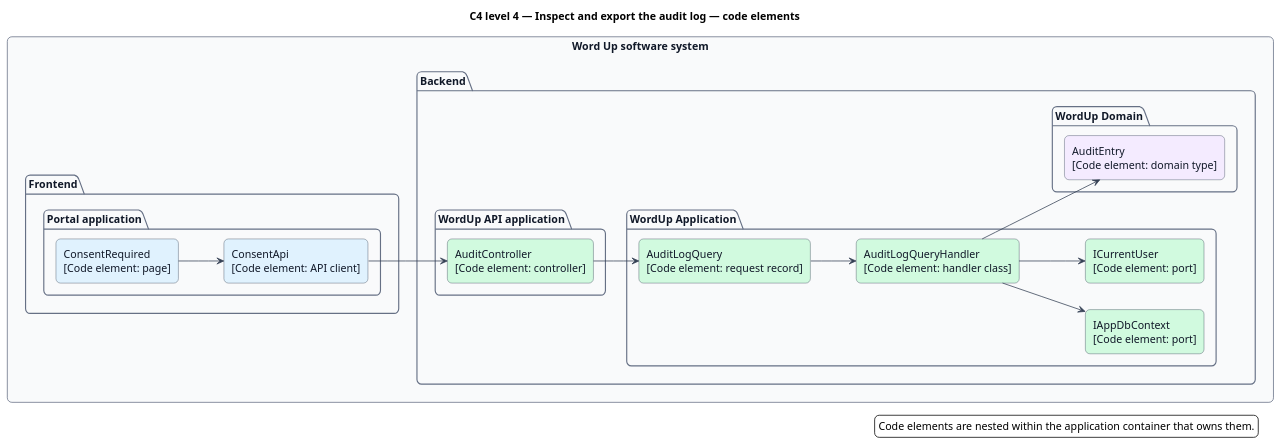
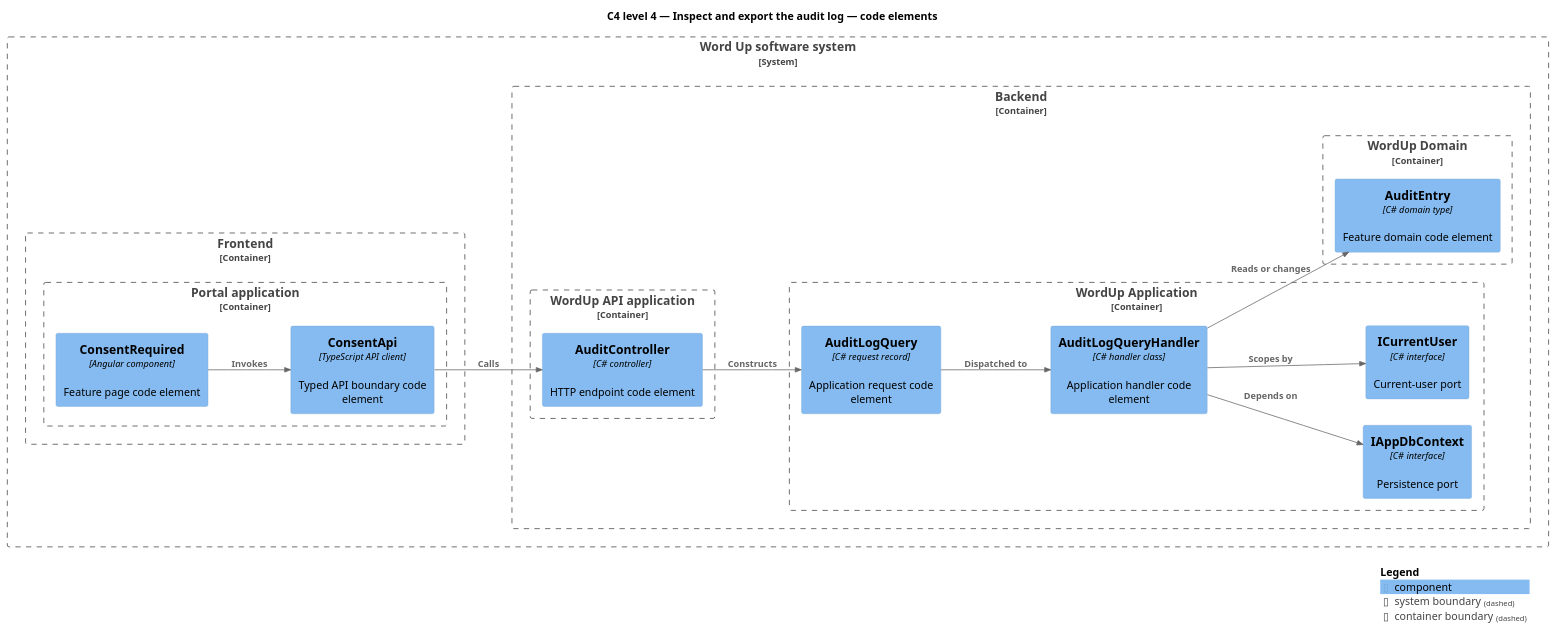
The diagram in docs/detailed-designs/consent-and-safeguarding/inspect-and-export-audit-log/diagrams/c4-code.puml (QuinntyneBrown/waypoint), drawn with PlantUML before and after one commit. The commit also changed 1294 other files, not shown here.

```diff
--- a/docs/detailed-designs/consent-and-safeguarding/inspect-and-export-audit-log/diagrams/c4-code.puml
+++ b/docs/detailed-designs/consent-and-safeguarding/inspect-and-export-audit-log/diagrams/c4-code.puml
@@ -1,50 +1,35 @@
 @startuml
-left to right direction
+!include <C4/C4_Component>
+LAYOUT_LEFT_RIGHT()
 title C4 level 4 — Inspect and export the audit log — code elements
-skinparam backgroundColor #FFFFFF
-skinparam shadowing false
-skinparam roundcorner 12
-skinparam defaultFontName Arial
-skinparam ArrowColor #344054
-skinparam rectangle {
-  BorderColor #344054
-  FontColor #101828
-}
-skinparam package {
-  BorderColor #667085
-  FontColor #101828
-  BackgroundColor #F9FAFB
-}
-rectangle "Word Up software system" {
-  package "Frontend" {
-    package "Portal application" {
-      rectangle "ConsentRequired\n[Code element: page]" as page #E0F2FE
-      rectangle "ConsentApi\n[Code element: API client]" as client #E0F2FE
+System_Boundary(wordup, "Word Up software system") {
+  Container_Boundary(frontend, "Frontend") {
+    Container_Boundary(frontend_app, "Portal application") {
+      Component(page, "ConsentRequired", "Angular component", "Feature page code element")
+      Component(client, "ConsentApi", "TypeScript API client", "Typed API boundary code element")
     }
   }
-  package "Backend" {
-    package "WordUp API application" {
-      rectangle "AuditController\n[Code element: controller]" as controller #D1FADF
+  Container_Boundary(backend, "Backend") {
+    Container_Boundary(api_app, "WordUp API application") {
+      Component(controller, "AuditController", "C# controller", "HTTP endpoint code element")
     }
-    package "WordUp Application" {
-      rectangle "AuditLogQuery\n[Code element: request record]" as request #D1FADF
-      rectangle "AuditLogQueryHandler\n[Code element: handler class]" as handler #D1FADF
-      rectangle "IAppDbContext\n[Code element: port]" as dbport #D1FADF
-      rectangle "ICurrentUser\n[Code element: port]" as current #D1FADF
+    Container_Boundary(application, "WordUp Application") {
+      Component(request, "AuditLogQuery", "C# request record", "Application request code element")
+      Component(handler, "AuditLogQueryHandler", "C# handler class", "Application handler code element")
+      Component(dbport, "IAppDbContext", "C# interface", "Persistence port")
+      Component(current, "ICurrentUser", "C# interface", "Current-user port")
     }
-    package "WordUp Domain" {
-      rectangle "AuditEntry\n[Code element: domain type]" as entity #F4EBFF
+    Container_Boundary(domain, "WordUp Domain") {
+      Component(entity, "AuditEntry", "C# domain type", "Feature domain code element")
     }
   }
 }
-page --> client
-client --> controller
-controller --> request
-request --> handler
-handler --> dbport
-handler --> current
-handler --> entity
-legend right
-  Code elements are nested within the application container that owns them.
-endlegend
+Rel(page, client, "Invokes")
+Rel(client, controller, "Calls")
+Rel(controller, request, "Constructs")
+Rel(request, handler, "Dispatched to")
+Rel(handler, dbport, "Depends on")
+Rel(handler, current, "Scopes by")
+Rel(handler, entity, "Reads or changes")
+SHOW_LEGEND()
 @enduml
```
